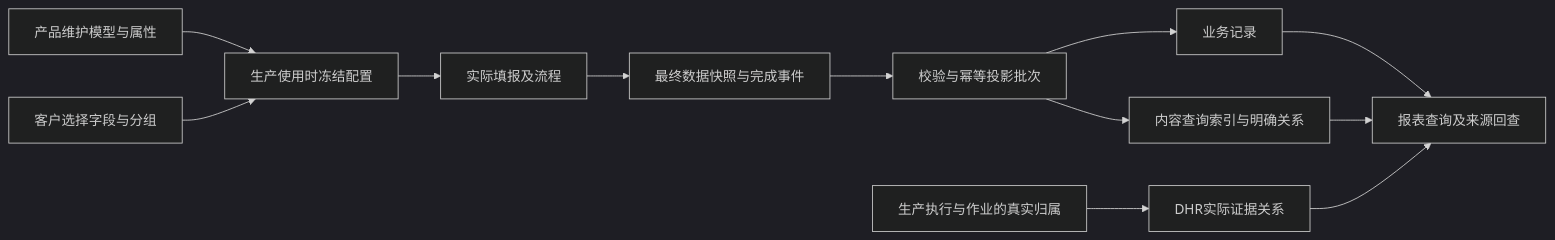
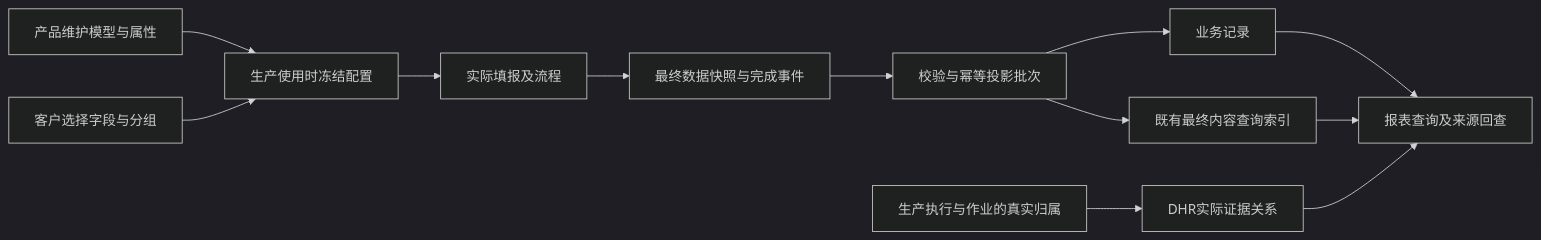
The diagram in docs/architecture/form-traceability-projection-design.md (IvenYi/edhr-nexus-frontend), drawn with Mermaid (dark theme) before and after one commit. The commit also changed other lines of this file and 28 other files, not shown here.

````diff
--- a/docs/architecture/form-traceability-projection-design.md
+++ b/docs/architecture/form-traceability-projection-design.md
@@ -202,14 +269,14 @@
 ```mermaid
 flowchart LR
   A[产品维护模型与属性] --> C[生产使用时冻结配置]
   B[客户选择字段与分组] --> C
   C --> D[实际填报及流程]
   D --> E[最终数据快照与完成事件]
   E --> F[校验与幂等投影批次]
   F --> G[业务记录]
-  F --> H[内容查询索引与明确关系]
+  F --> H[既有最终内容查询索引]
   G --> I[报表查询及来源回查]
   H --> I
   J[生产执行与作业的真实归属] --> K[DHR实际证据关系]
   K --> I
 ```
````
